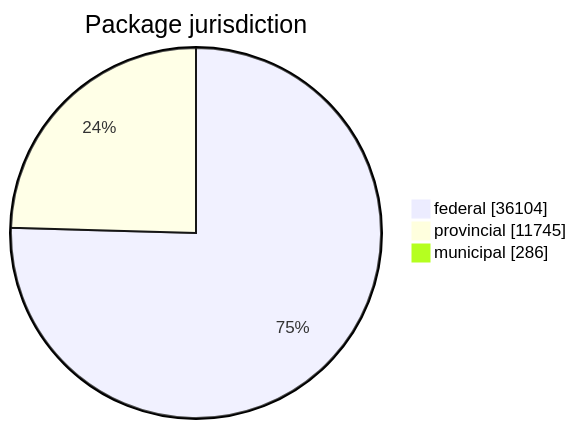
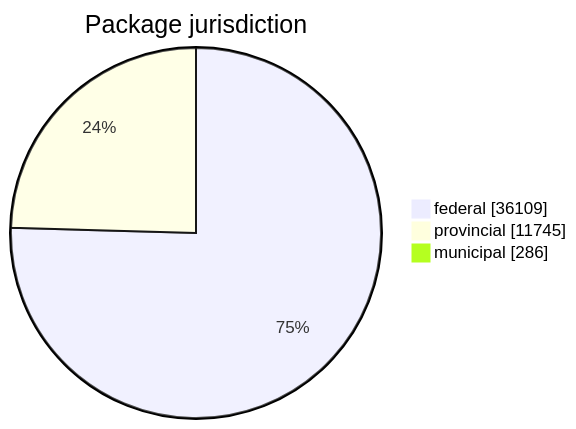
Before and after one commit to open-data/analytics-corporate-reporting: the first of 5 diagrams in FreshCheck/README.md, drawn with Mermaid. The commit also changed other lines of this file and 3 other files, not shown here.

````diff
--- a/FreshCheck/README.md
+++ b/FreshCheck/README.md
@@ -60,6 +60,6 @@
 ```mermaid
 pie showData title Package jurisdiction
-    "federal": 36104
+    "federal": 36109
     "provincial": 11745
     "municipal": 286
 ```
````
